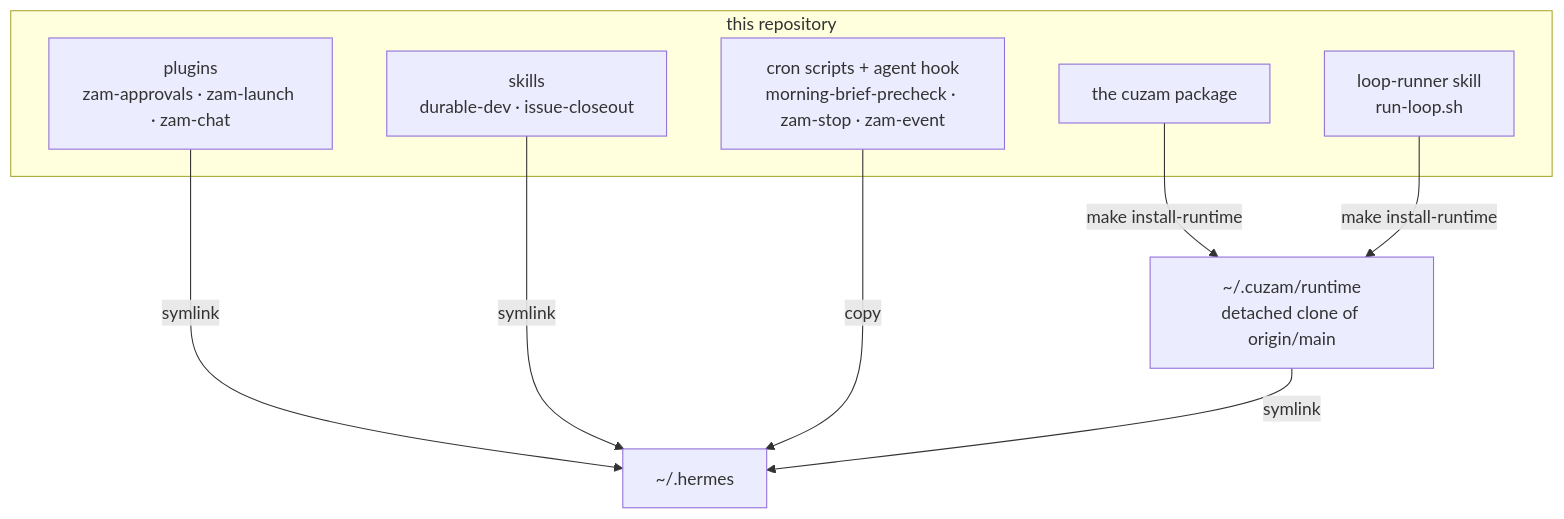
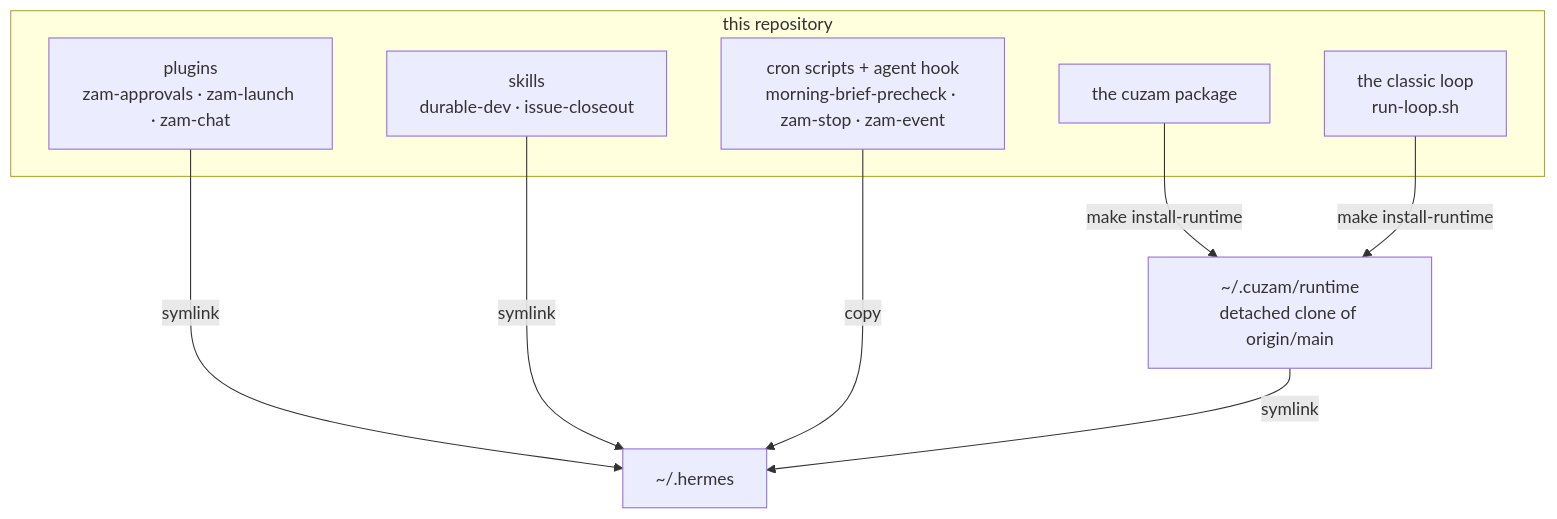
The second of 2 diagrams in README.md (SilviaAre95/ristretto-ai), drawn with Mermaid before and after one commit. The commit also changed other lines of this file and 8 other files, not shown here.

````diff
--- a/README.md
+++ b/README.md
@@ -50,19 +51,19 @@
 ```mermaid
 flowchart TB
     subgraph REPO["this repository"]
         PL[plugins<br/>zam-approvals · zam-launch · zam-chat]
         SK[skills<br/>durable-dev · issue-closeout]
         SC[cron scripts + agent hook<br/>morning-brief-precheck · zam-stop · zam-event]
-        LR[loop-runner skill<br/>run-loop.sh]
+        LR["the classic loop<br/>run-loop.sh"]
         PKG[the cuzam package]
     end
     PIN["~/.cuzam/runtime<br/>detached clone of origin/main"]
     HH["~/.hermes"]
 
     PL -->|symlink| HH
     SK -->|symlink| HH
     SC -->|copy| HH
     PKG -->|make install-runtime| PIN
     LR -->|make install-runtime| PIN
     PIN -->|symlink| HH
 ```
````
